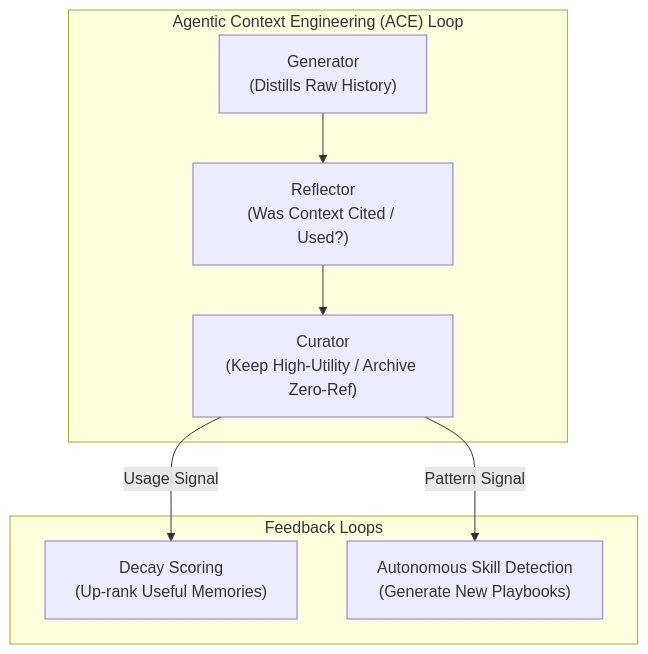
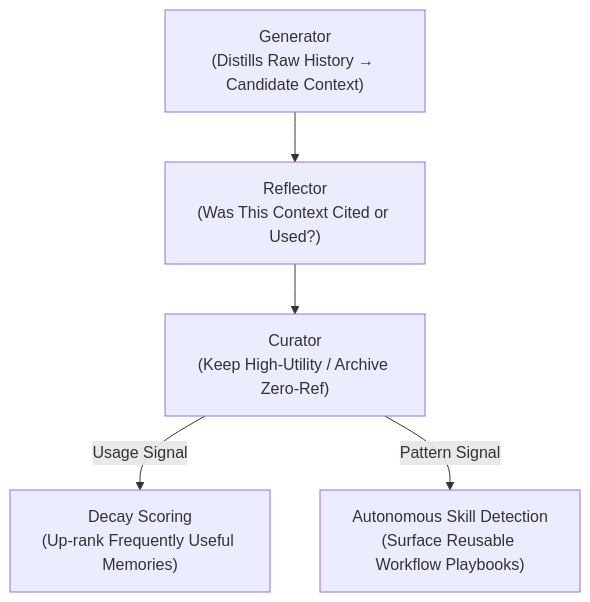
The third of 3 diagrams in ROADMAP.md (kinqsradiollc/BrainRouter), drawn with Mermaid before and after one commit. The commit also changed other lines of this file and 3 other files, not shown here.

Commit message:
refactor: simplify Mermaid diagrams across documentation files to improve visual clarity and consistency

````diff
--- a/ROADMAP.md
+++ b/ROADMAP.md
@@ -535,12 +527,11 @@
 ```mermaid
 graph TD
-    subgraph ACE["Agentic Context Engineering (ACE) Loop"]
-        Gen["Generator\n(Distills Raw History)"] --> Ref["Reflector\n(Was Context Cited / Used?)"]
-        Ref --> Cur["Curator\n(Keep High-Utility / Archive Zero-Ref)"]
-    end
+    Gen["Generator\n(Distills Raw History → Candidate Context)"]
+    Ref["Reflector\n(Was This Context Cited or Used?)"]
+    Cur["Curator\n(Keep High-Utility / Archive Zero-Ref)"]
 
-    subgraph Feedback["Feedback Loops"]
-        Cur -->|Usage Signal| Decay["Decay Scoring\n(Up-rank Useful Memories)"]
-        Cur -->|Pattern Signal| Auto["Autonomous Skill Detection\n(Generate New Playbooks)"]
-    end
+    Gen --> Ref --> Cur
+
+    Cur -- "Usage Signal" --> Decay["Decay Scoring\n(Up-rank Frequently Useful Memories)"]
+    Cur -- "Pattern Signal" --> Auto["Autonomous Skill Detection\n(Surface Reusable Workflow Playbooks)"]
 ```
````
